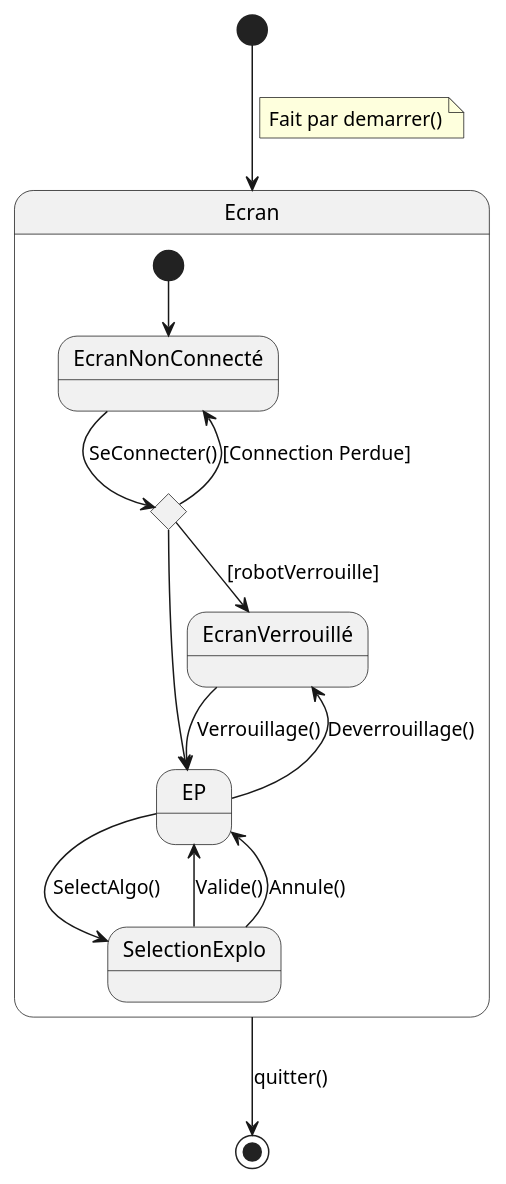
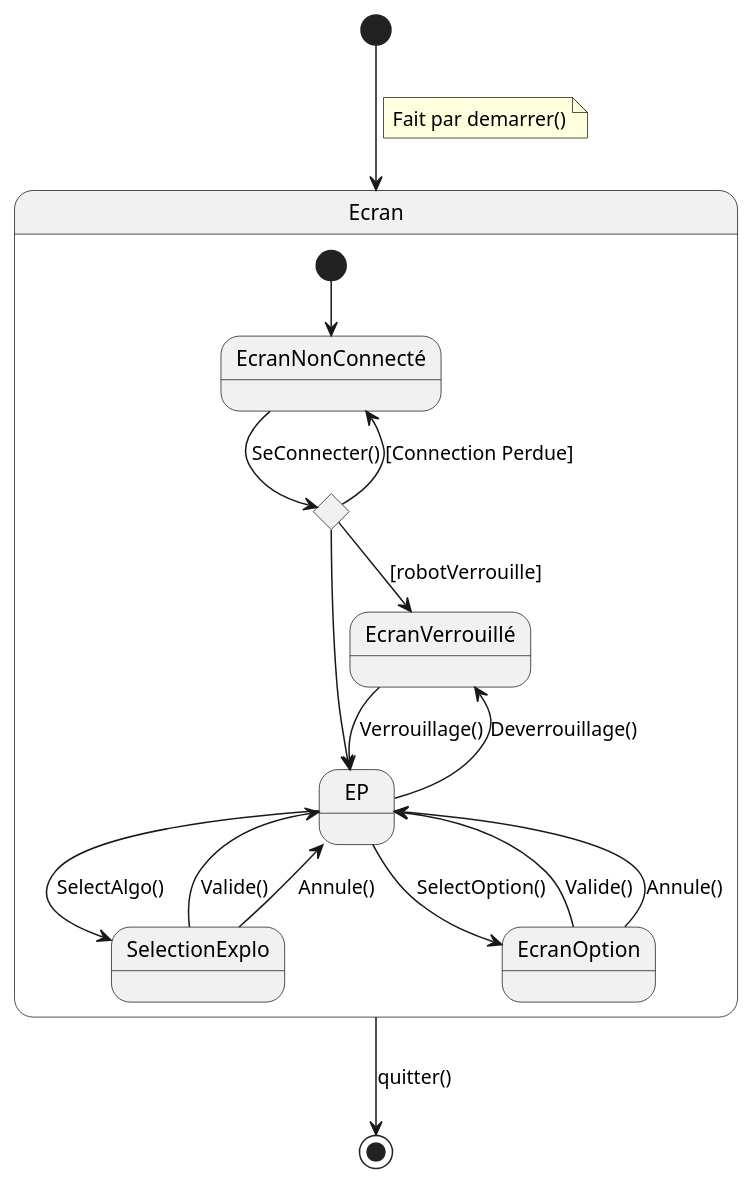
The diagram in Diagrammes UML/3.1.3 - Les écrans/3.1.3 - Diagramme IHM.puml (Larson-09/PATO_Project), drawn with PlantUML before and after one commit. The commit also changed 1 other file, not shown here.

Commit message:
Diagramme IHM V1 FR/EN

```diff
--- a/Diagrammes UML/3.1.3 - Les écrans/3.1.3 - Diagramme IHM.puml
+++ b/Diagrammes UML/3.1.3 - Les écrans/3.1.3 - Diagramme IHM.puml
@@ -1,30 +1,34 @@
 @startuml
 
 [*] --> Ecran
 note on link
     Fait par demarrer()
 end note
 state Ecran {
     state "EcranNonConnecté" as EcranNonConnecté
     state "EP" as EP
     state "EcranVerrouillé" as EcranVerrouillé
     state "SelectionExplo" as SelectionExplo
+     state "EcranOption" as EcranOption
 
     state c <<choice>>
 
     [*] --> EcranNonConnecté
     EcranNonConnecté --> c : SeConnecter()
 
     c --> EcranNonConnecté : [Connection Perdue]
     c --> EP
     c --> EcranVerrouillé : [robotVerrouille]
     EcranVerrouillé --> EP: Verrouillage()
     EP --> EcranVerrouillé :Deverrouillage()
     EP --> SelectionExplo : SelectAlgo()
     SelectionExplo --> EP : Valide()
     SelectionExplo --> EP : Annule()
+    EP --> EcranOption :SelectOption()
+    EcranOption --> EP :Valide()
+    EcranOption --> EP :Annule()
 }
 
 Ecran --> [*] : quitter()
 
 @enduml
```
